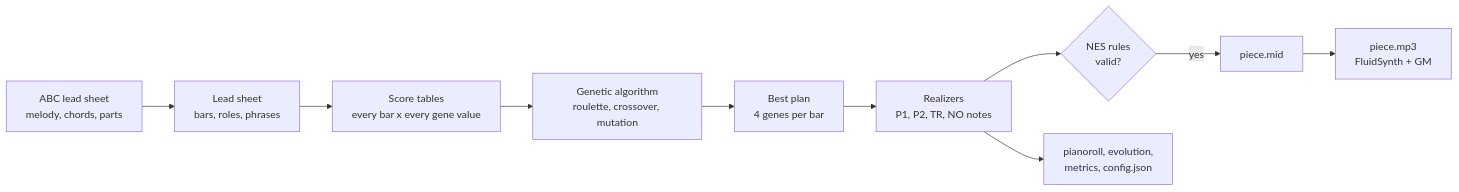
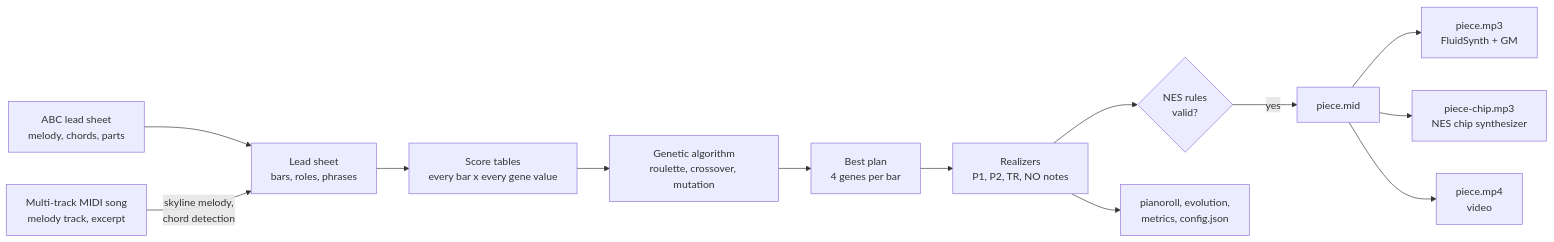
One commit to GiowGiow/chiptune-ga-arranger changed the diagram in README.md. Above: the diagram before and after it, drawn with Mermaid. The commit also changed other lines of this file and 122 other files, not shown here.

````diff
--- a/README.md
+++ b/README.md
@@ -51,12 +51,15 @@
 ```mermaid
 flowchart LR
     A[ABC lead sheet<br/>melody, chords, parts] --> B[Lead sheet<br/>bars, roles, phrases]
+    M[Multi-track MIDI song<br/>melody track, excerpt] -->|skyline melody,<br/>chord detection| B
     B --> C[Score tables<br/>every bar x every gene value]
     C --> D[Genetic algorithm<br/>roulette, crossover, mutation]
     D --> E[Best plan<br/>4 genes per bar]
     E --> F[Realizers<br/>P1, P2, TR, NO notes]
     F --> G{NES rules<br/>valid?}
     G -->|yes| H[piece.mid]
     H --> I[piece.mp3<br/>FluidSynth + GM]
+    H --> K[piece-chip.mp3<br/>NES chip synthesizer]
+    H --> V[piece.mp4<br/>video]
     F --> J[pianoroll, evolution,<br/>metrics, config.json]
 ```
````
